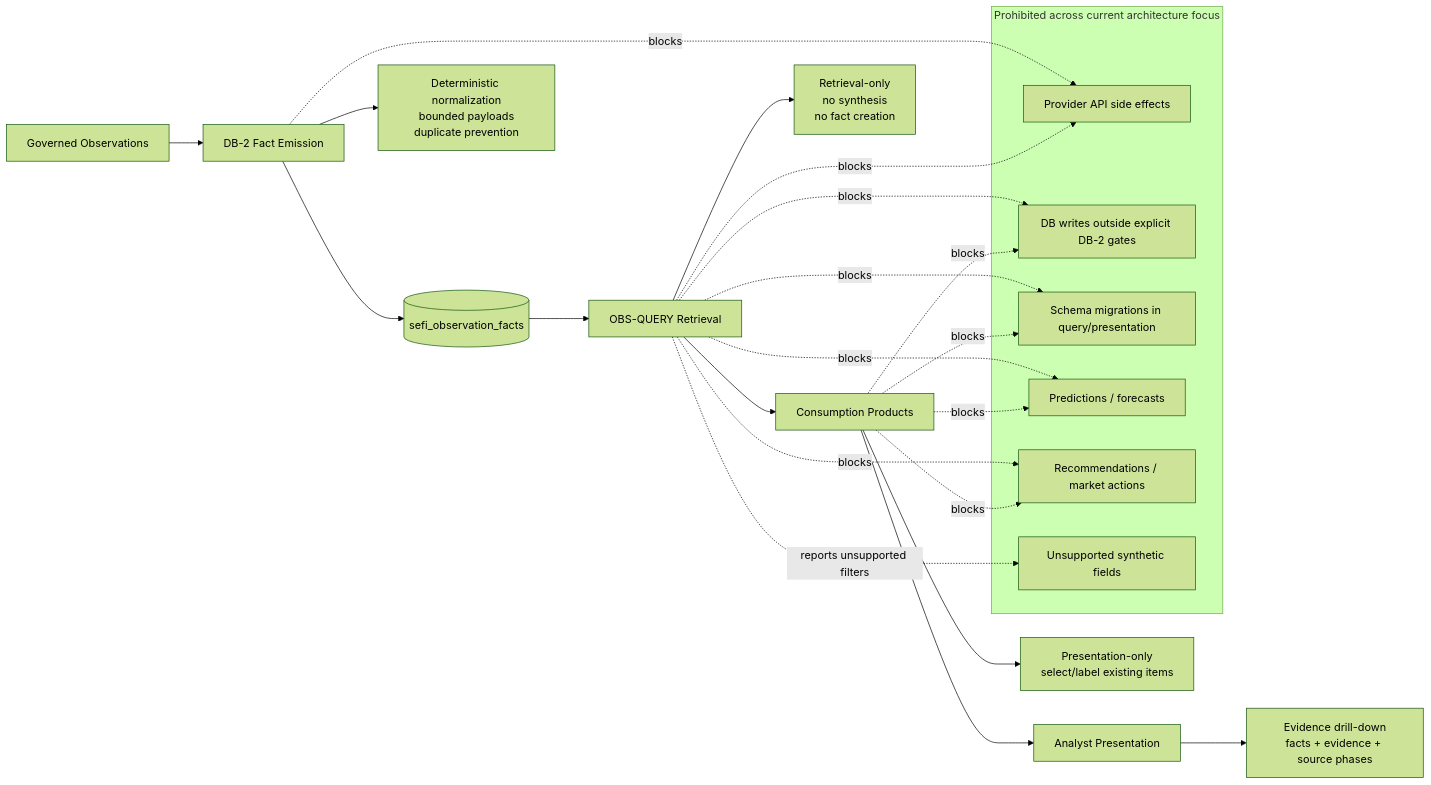
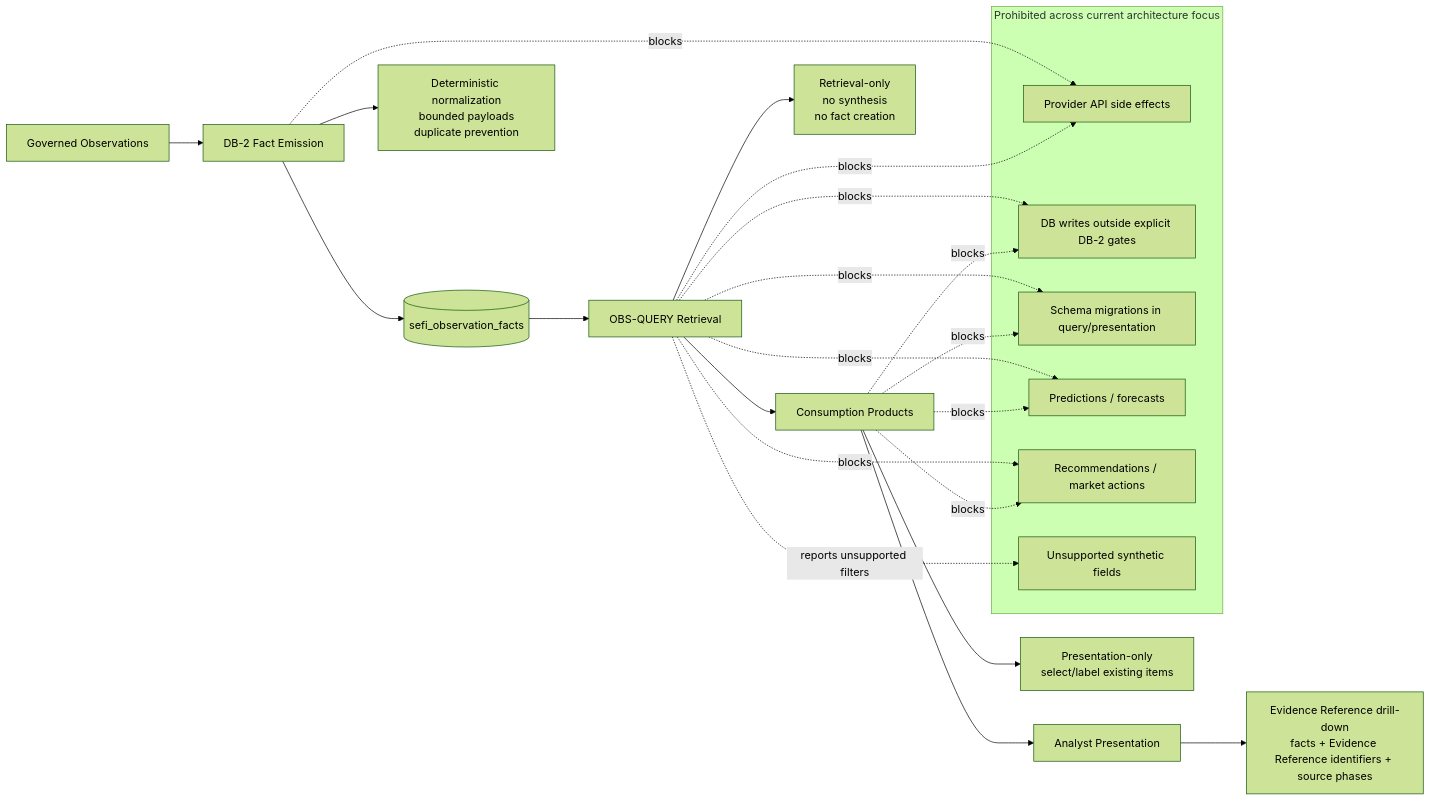
One commit to qeqeqeqeai-sys/ai-portfolio-production-pipeline changed the diagram in whitepaper_source_pack/diagrams/governance_boundary_map.md. Above: the diagram before and after it, drawn with Mermaid (forest theme). The commit also changed 18 other files, not shown here.

Commit message:
Normalize source pack architecture semantics

````diff
--- a/whitepaper_source_pack/diagrams/governance_boundary_map.md
+++ b/whitepaper_source_pack/diagrams/governance_boundary_map.md
@@ -3,34 +3,34 @@
 ```mermaid
 flowchart LR
     A[Governed Observations] --> B[DB-2 Fact Emission]
     B --> C[(sefi_observation_facts)]
     C --> D[OBS-QUERY Retrieval]
     D --> E[Consumption Products]
     E --> F[Analyst Presentation]
 
     B --> B1[Deterministic normalization\nbounded payloads\nduplicate prevention]
     D --> D1[Retrieval-only\nno synthesis\nno fact creation]
     E --> E1[Presentation-only\nselect/label existing items]
-    F --> F1[Evidence drill-down\nfacts + evidence + source phases]
+    F --> F1[Evidence Reference drill-down\nfacts + Evidence Reference identifiers + source phases]
 
     subgraph Prohibited[Prohibited across current architecture focus]
         X1[Provider API side effects]
         X2[DB writes outside explicit DB-2 gates]
         X3[Schema migrations in query/presentation]
         X4[Predictions / forecasts]
         X5[Recommendations / market actions]
         X6[Unsupported synthetic fields]
     end
 
     B -. blocks .-> X1
     D -. blocks .-> X1
     D -. blocks .-> X2
     D -. blocks .-> X3
     D -. blocks .-> X4
     D -. blocks .-> X5
     E -. blocks .-> X2
     E -. blocks .-> X3
     E -. blocks .-> X4
     E -. blocks .-> X5
     D -. reports unsupported filters .-> X6
 ```
````
